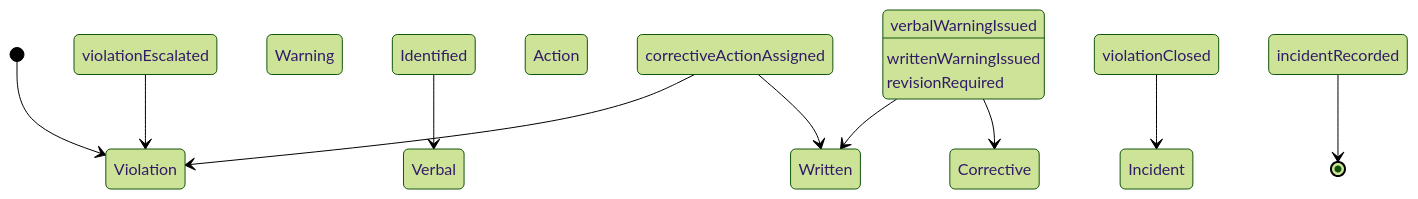
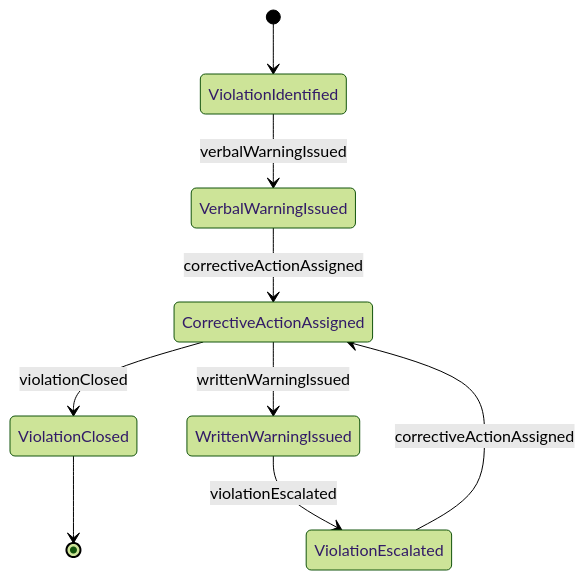
One commit to dot-org-ai/tasks.org.ai changed the second of 4 diagrams in CommunicatingWithSupervisorsPeersOrSubordinates/NotifyOthersOfEmergenciesOrProblems/WarnIndividualsAboutRuleViolations.mdx. Above: the diagram before and after it, drawn with Mermaid (forest theme). The commit also changed other lines of this file and 515 other files, not shown here.

````diff
--- a/CommunicatingWithSupervisorsPeersOrSubordinates/NotifyOthersOfEmergenciesOrProblems/WarnIndividualsAboutRuleViolations.mdx
+++ b/CommunicatingWithSupervisorsPeersOrSubordinates/NotifyOthersOfEmergenciesOrProblems/WarnIndividualsAboutRuleViolations.mdx
@@ -97,12 +97,11 @@
 ```mermaid
 stateDiagram-v2
-    [*] --> Violation Identified
-    Violation Identified --> Verbal Warning Issued : verbalWarningIssued
-    Verbal Warning Issued --> Written Warning Issued : writtenWarningIssued
-    Written Warning Issued --> Corrective Action Assigned : correctiveActionAssigned
-    Corrective Action Assigned --> Violation Escalated : violationEscalated
-    Violation Escalated --> Violation Closed : violationClosed
-    Violation Closed --> Incident Recorded : incidentRecorded
-    Corrective Action Assigned --> Written Warning Issued : revisionRequired
-    Incident Recorded --> [*]
+    [*] --> ViolationIdentified
+    ViolationIdentified --> VerbalWarningIssued : verbalWarningIssued
+    VerbalWarningIssued --> CorrectiveActionAssigned : correctiveActionAssigned
+    CorrectiveActionAssigned --> ViolationClosed : violationClosed
+    CorrectiveActionAssigned --> WrittenWarningIssued : writtenWarningIssued
+    WrittenWarningIssued --> ViolationEscalated : violationEscalated
+    ViolationEscalated --> CorrectiveActionAssigned : correctiveActionAssigned
+    ViolationClosed --> [*]
 ```
````
